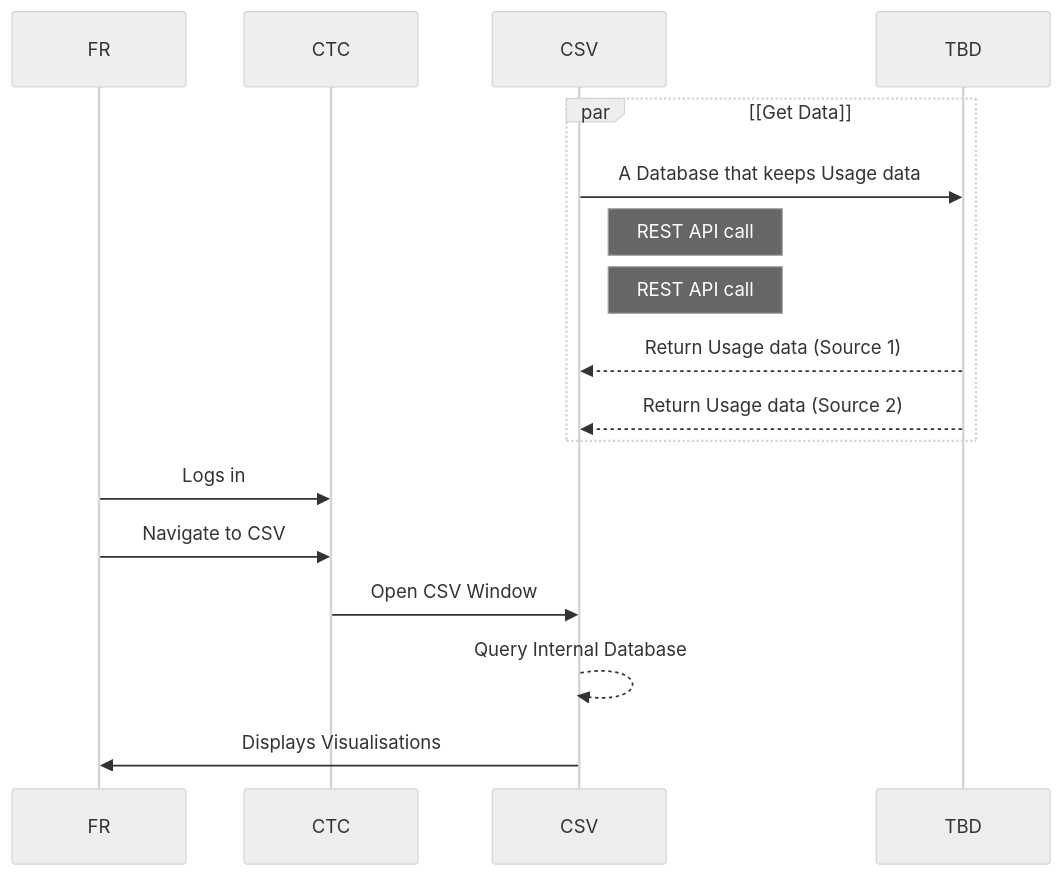
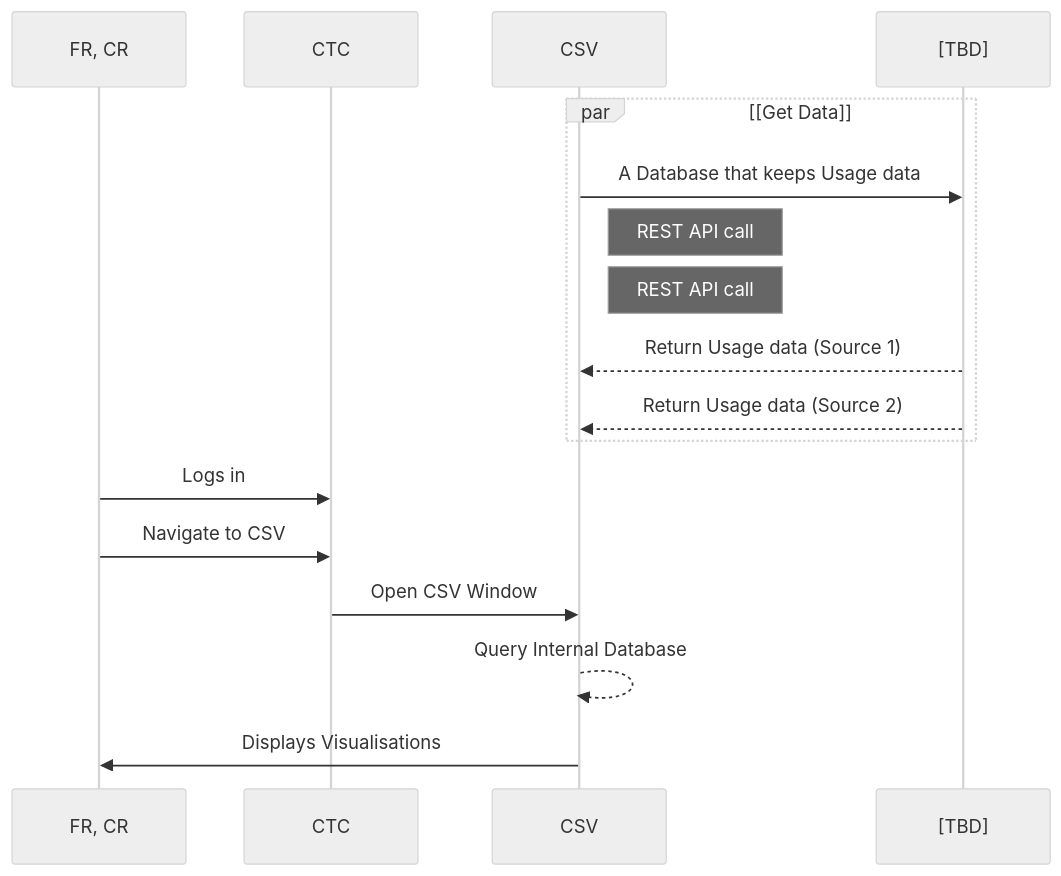
Before and after one commit to mactsouk/UC-mermaid: the diagram in UC-A-03.md, drawn with Mermaid (neutral theme). The commit also changed 3 other files, not shown here.

````diff
--- a/UC-A-03.md
+++ b/UC-A-03.md
@@ -3,21 +3,21 @@
 ```mermaid
 sequenceDiagram
-    participant FR
+    participant U as FR, CR
     participant CTC
     participant CSV
-    participant TBD
+    participant TBD as [TBD]
 
     par [Get Data]
         CSV->>TBD: A Database that keeps Usage data
         Note right of CSV: REST API call
         Note right of CSV: REST API call
         TBD-->>CSV: Return Usage data (Source 1)
         TBD-->>CSV: Return Usage data (Source 2)
     end
 
-    FR->>CTC: Logs in
-    FR->>CTC: Navigate to CSV
+    U->>CTC: Logs in
+    U->>CTC: Navigate to CSV
     CTC->>CSV: Open CSV Window
     CSV-->>CSV: Query Internal Database
-    CSV->>FR: Displays Visualisations
+    CSV->>U: Displays Visualisations
 ```
````
